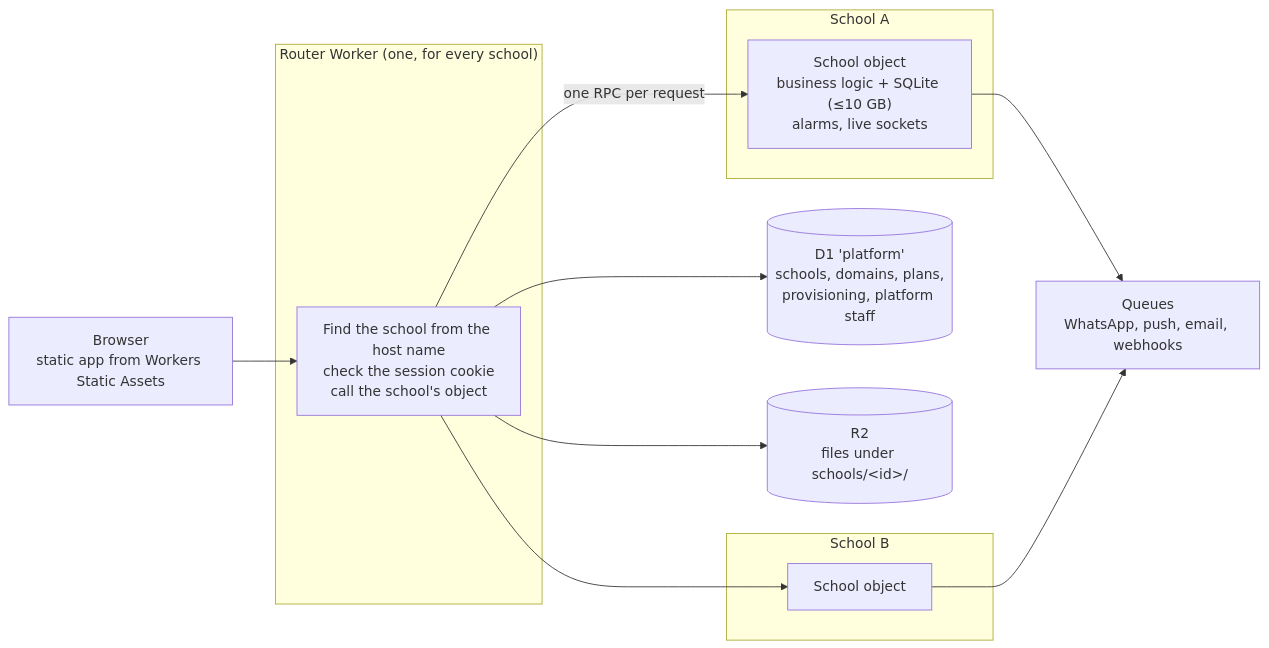
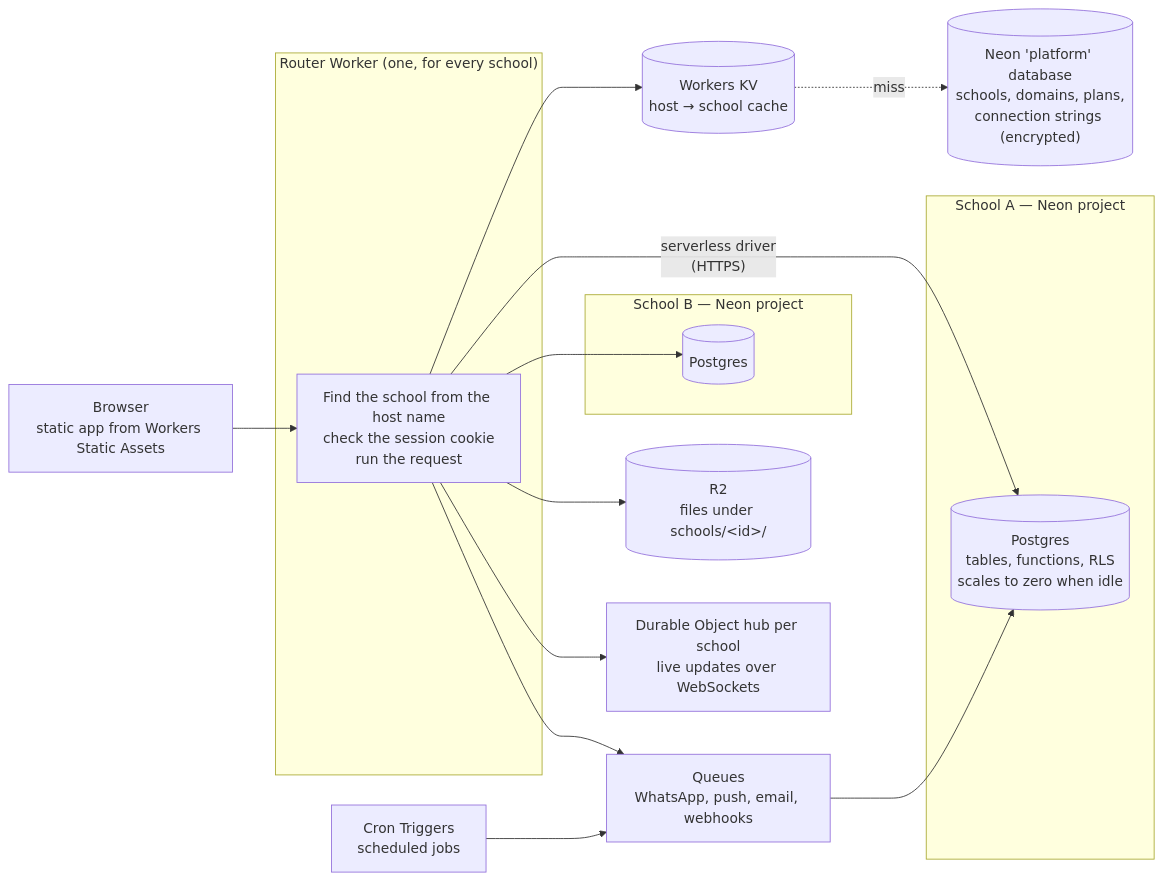
Before and after one commit to Arran0/EduBerry_2026: the diagram in docs/cloudflare-rebuild/01-architecture-options.md, drawn with Mermaid. The commit also changed other lines of this file and 3 other files, not shown here.

First line of the commit message:
Rebuild docs: choose Neon Postgres per school; rewrite options, cost study and target architecture

````diff
--- a/docs/cloudflare-rebuild/01-architecture-options.md
+++ b/docs/cloudflare-rebuild/01-architecture-options.md
@@ -139,23 +107,29 @@
 ```mermaid
 flowchart LR
   browser["Browser<br/>static app from Workers Static Assets"]
   subgraph edge["Router Worker (one, for every school)"]
-    route["Find the school from the host name<br/>check the session cookie<br/>call the school's object"]
+    route["Find the school from the host name<br/>check the session cookie<br/>run the request"]
   end
-  cp[("D1 'platform'<br/>schools, domains, plans,<br/>provisioning, platform staff")]
-  subgraph schoolA["School A"]
-    doa["School object<br/>business logic + SQLite (≤10 GB)<br/>alarms, live sockets"]
+  kv[("Workers KV<br/>host → school cache")]
+  plat[("Neon 'platform' database<br/>schools, domains, plans,<br/>connection strings (encrypted)")]
+  subgraph schoolA["School A — Neon project"]
+    pga[("Postgres<br/>tables, functions, RLS<br/>scales to zero when idle")]
   end
-  subgraph schoolB["School B"]
-    dob["School object"]
+  subgraph schoolB["School B — Neon project"]
+    pgb[("Postgres")]
   end
+  hub["Durable Object hub per school<br/>live updates over WebSockets"]
   r2[("R2<br/>files under schools/&lt;id&gt;/")]
   q["Queues<br/>WhatsApp, push, email, webhooks"]
+  cron["Cron Triggers<br/>scheduled jobs"]
   browser --> route
-  route --> cp
-  route -- "one RPC per request" --> doa
-  route --> dob
+  route --> kv
+  kv -. miss .-> plat
+  route -- "serverless driver<br/>(HTTPS)" --> pga
+  route --> pgb
   route --> r2
-  doa --> q
-  dob --> q
+  route --> hub
+  route --> q
+  cron --> q
+  q --> pga
 ```
````
